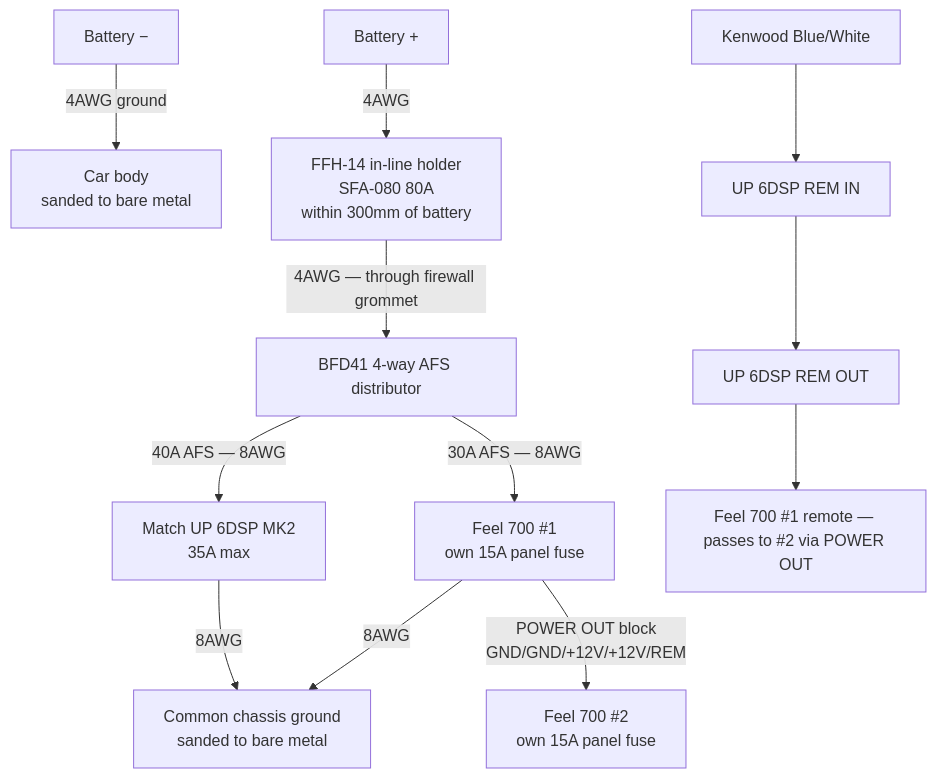
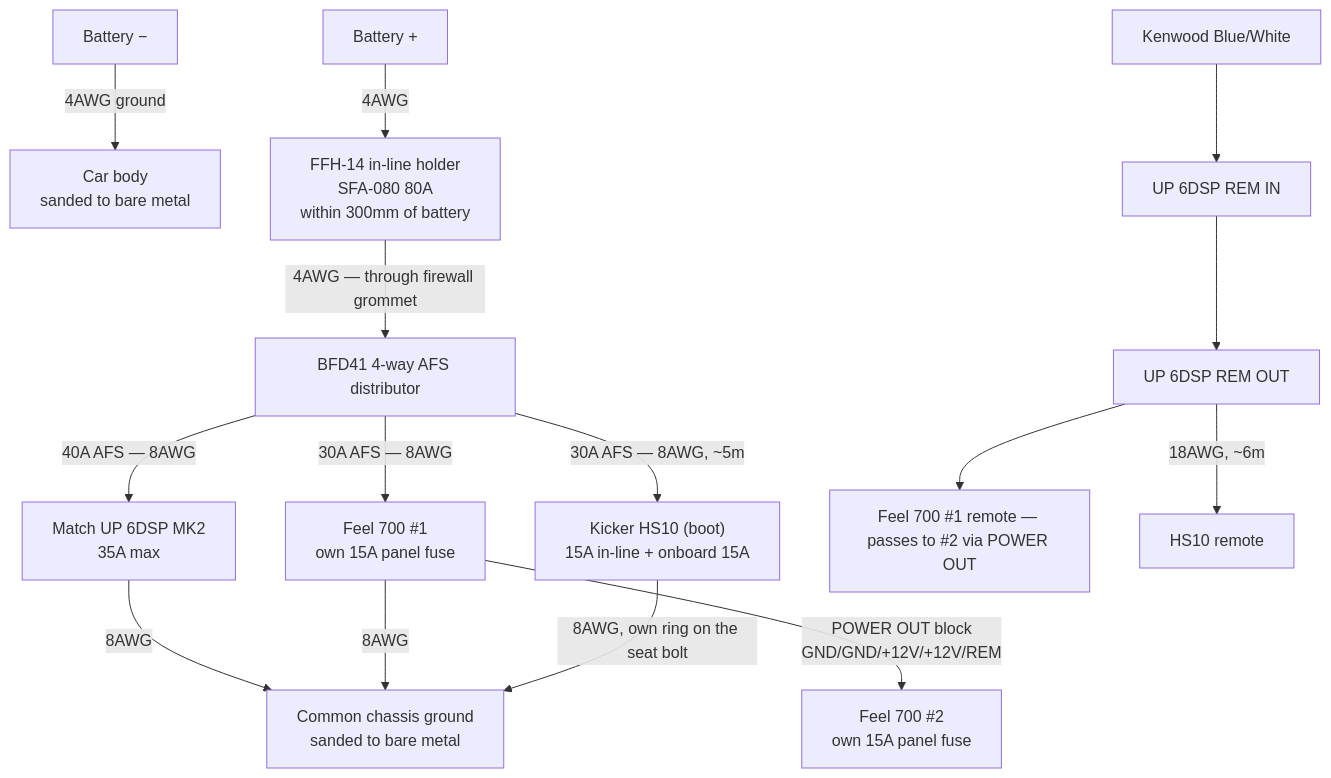
One commit to badsyntax/jimny-sound changed the fourth of 4 diagrams in AUDIO-UPGRADE.md. Above: the diagram before and after it, drawn with Mermaid. The commit also changed other lines of this file and 2 other files, not shown here.

First line of the commit message:
Add the HS10 to every wiring and signal diagram

````diff
--- a/AUDIO-UPGRADE.md
+++ b/AUDIO-UPGRADE.md
@@ -246,14 +251,17 @@
 ```mermaid
 flowchart TD
     BATN["Battery −"] -->|"4AWG ground"| BODY["Car body<br/>sanded to bare metal"]
     BAT["Battery +"] -->|"4AWG"| FFH["FFH-14 in-line holder<br/>SFA-080 80A<br/>within 300mm of battery"]
     FFH -->|"4AWG — through firewall grommet"| BFD["BFD41 4-way AFS distributor"]
     BFD -->|"40A AFS — 8AWG"| AMP["Match UP 6DSP MK2<br/>35A max"]
     BFD -->|"30A AFS — 8AWG"| S1["Feel 700 #1<br/>own 15A panel fuse"]
     S1 -->|"POWER OUT block<br/>GND/GND/+12V/+12V/REM"| S2["Feel 700 #2<br/>own 15A panel fuse"]
     AMP -->|"8AWG"| GND["Common chassis ground<br/>sanded to bare metal"]
     S1 -->|"8AWG"| GND
+    BFD -->|"30A AFS — 8AWG, ~5m"| HS["Kicker HS10 (boot)<br/>15A in-line + onboard 15A"]
+    HS -->|"8AWG, own ring on the seat bolt"| GND
     REM["Kenwood Blue/White"] --> AMPREM["UP 6DSP REM IN"]
     AMPREM --> AMPROUT["UP 6DSP REM OUT"]
     AMPROUT --> S1R["Feel 700 #1 remote — passes to #2 via POWER OUT"]
+    AMPROUT -->|"18AWG, ~6m"| HSR["HS10 remote"]
 ```
````
